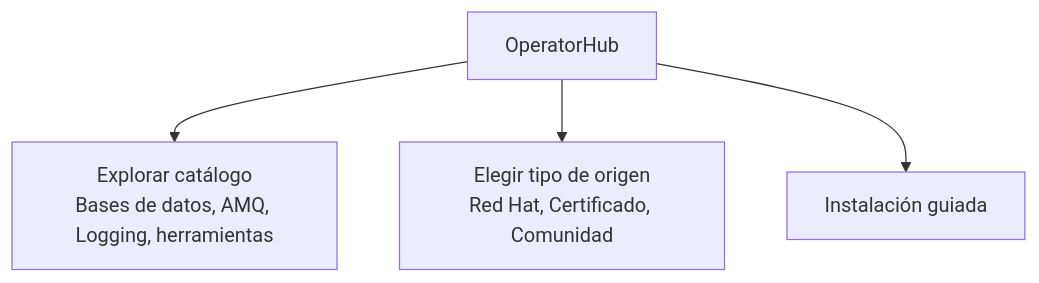
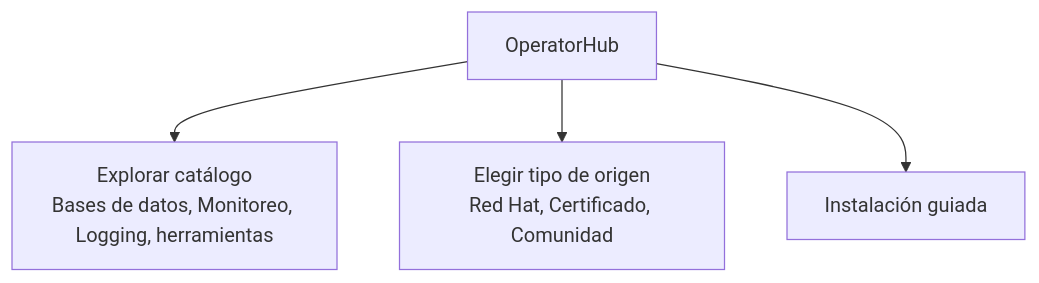
One commit to ieftraining/curso-openshift changed the second of 3 diagrams in docs/sesion3/3.7 Operadores.md. Above: the diagram before and after it, drawn with Mermaid. The commit also changed other lines of this file, not shown here.

````diff
--- a/docs/sesion3/3.7 Operadores.md
+++ b/docs/sesion3/3.7 Operadores.md
@@ -46,6 +46,6 @@
 ```mermaid
 flowchart TD
-    A[OperatorHub] --> B[Explorar catálogo<br>Bases de datos, AMQ, Logging, herramientas]
+    A[OperatorHub] --> B[Explorar catálogo<br>Bases de datos, Monitoreo, Logging, herramientas]
     A --> C[Elegir tipo de origen<br>Red Hat, Certificado, Comunidad]
     A --> D[Instalación guiada]
 ```
````
